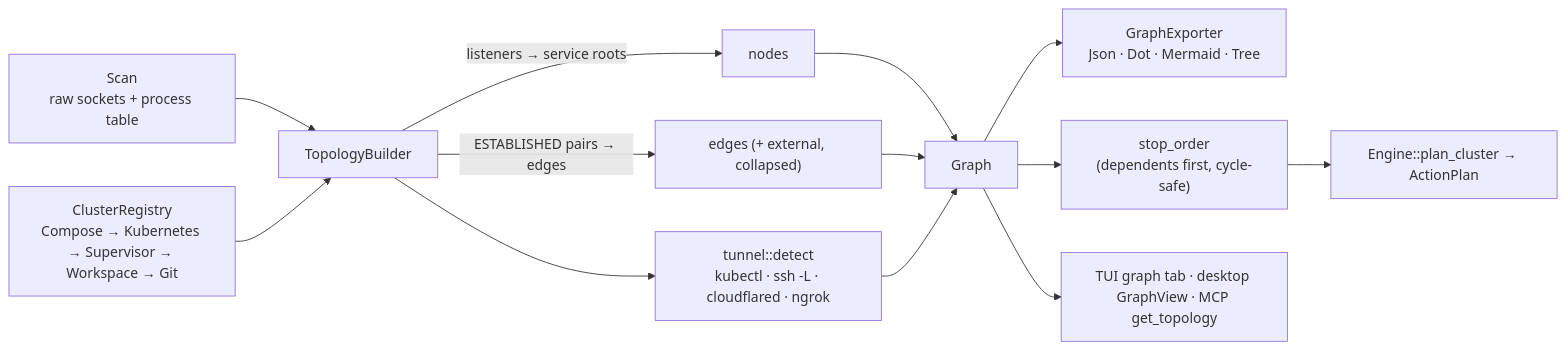
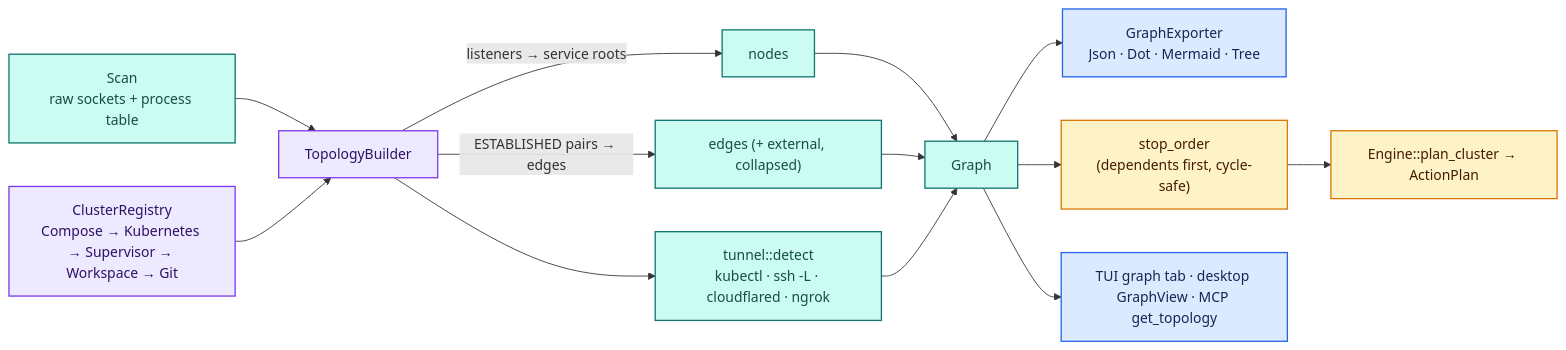
The fourth of 7 diagrams in docs/architecture.md (santoshshinde2012/holdmap), drawn with Mermaid before and after one commit. The commit also changed other lines of this file and 29 other files, not shown here.

First line of the commit message:
Finalize security, architecture documentation and website SEO (#21)

````diff
--- a/docs/architecture.md
+++ b/docs/architecture.md
@@ -145,13 +240,24 @@
 ```mermaid
 flowchart LR
+  accTitle: Service topology and dependency-aware stop planning
+  accDescr: A consistent scan and cluster registry build service nodes and connection edges. The graph supports exports, interface views and dependency-aware stop plans.
   SNAP["Scan<br/>raw sockets + process table"] --> TB["TopologyBuilder"]
   TB -->|"listeners → service roots"| N["nodes"]
   TB -->|"ESTABLISHED pairs → edges"| ED["edges (+ external, collapsed)"]
   TB --> TUN["tunnel::detect<br/>kubectl · ssh -L · cloudflared · ngrok"]
   CR["ClusterRegistry<br/>Compose → Kubernetes → Supervisor → Workspace → Git"] --> TB
   N & ED & TUN --> G["Graph"]
   G --> EXP["GraphExporter<br/>Json · Dot · Mermaid · Tree"]
   G --> ORD["stop_order<br/>(dependents first, cycle-safe)"]
   ORD --> PC["Engine::plan_cluster → ActionPlan"]
   G --> UI["TUI graph tab · desktop GraphView · MCP get_topology"]
+
+  classDef surface fill:#DBEAFE,stroke:#2563EB,color:#172554,stroke-width:1.5px
+  classDef domain fill:#EDE9FE,stroke:#7C3AED,color:#2E1065,stroke-width:1.5px
+  classDef safety fill:#FEF3C7,stroke:#D97706,color:#451A03,stroke-width:1.5px
+  classDef data fill:#CCFBF1,stroke:#0F766E,color:#134E4A,stroke-width:1.5px
+  class SNAP,N,ED,TUN,G data
+  class TB,CR domain
+  class ORD,PC safety
+  class EXP,UI surface
 ```
````
